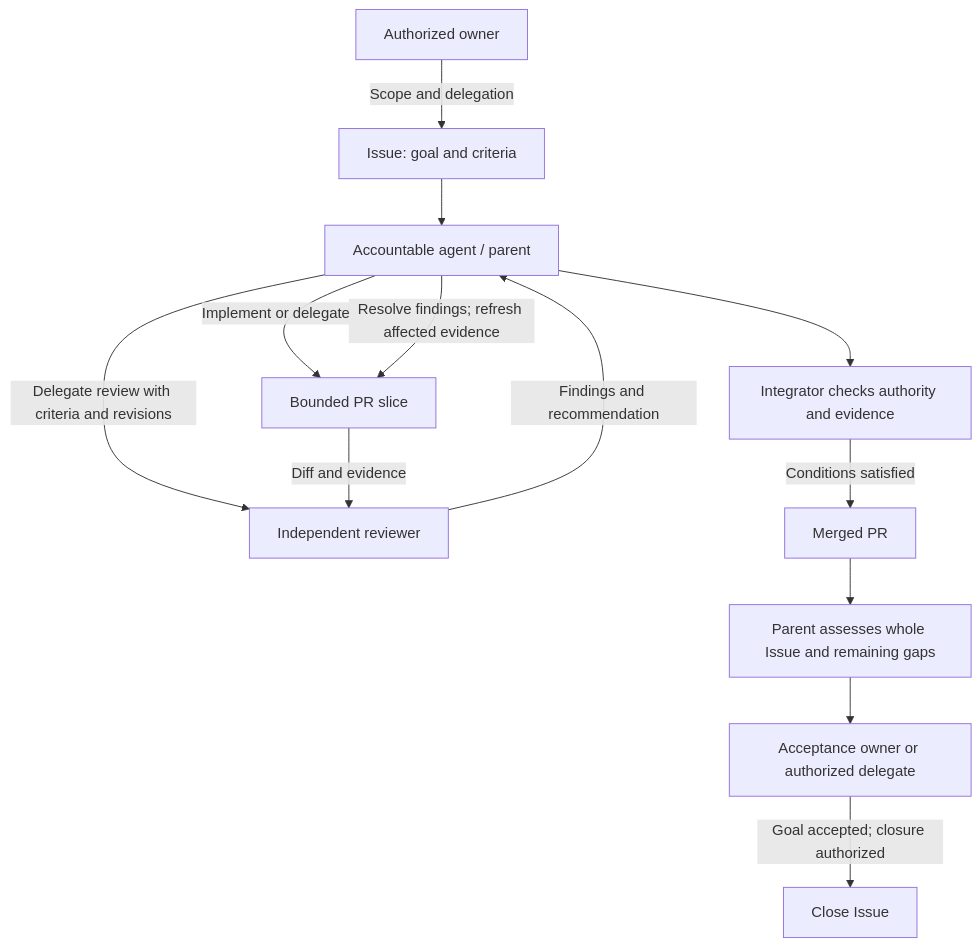
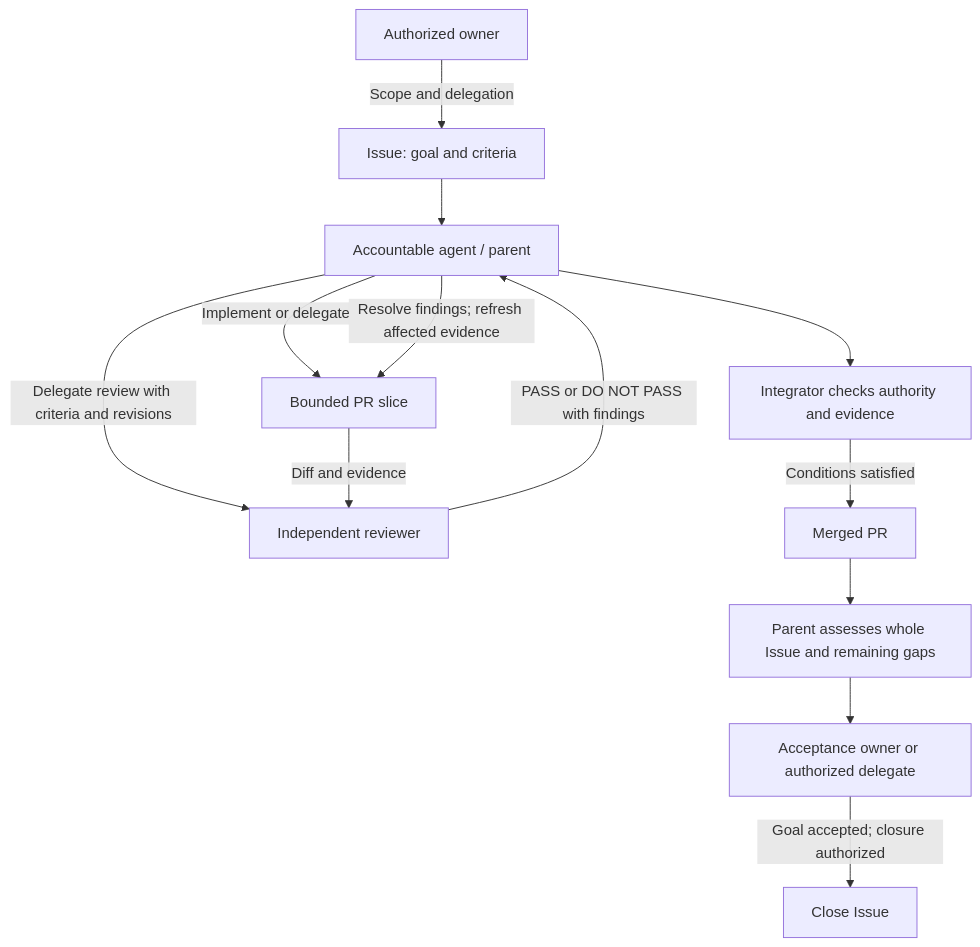
The second of 4 diagrams in docs/agent-collaboration.md (InferMatrixLab/InferRSI), drawn with Mermaid before and after one commit. The commit also changed other lines of this file and 1 other file, not shown here.

````diff
--- a/docs/agent-collaboration.md
+++ b/docs/agent-collaboration.md
@@ -57,15 +58,15 @@
 ```mermaid
 flowchart TB
     H["Authorized owner"] -->|"Scope and delegation"| I["Issue: goal and criteria"]
     I --> A["Accountable agent / parent"]
     A -->|"Implement or delegate"| W["Bounded PR slice"]
     A -->|"Delegate review with criteria and revisions"| R["Independent reviewer"]
     W -->|"Diff and evidence"| R
-    R -->|"Findings and recommendation"| A
+    R -->|"PASS or DO NOT PASS with findings"| A
     A -->|"Resolve findings; refresh affected evidence"| W
     A --> G["Integrator checks authority and evidence"]
     G -->|"Conditions satisfied"| P["Merged PR"]
     P --> S["Parent assesses whole Issue and remaining gaps"]
     S --> O["Acceptance owner or authorized delegate"]
     O -->|"Goal accepted; closure authorized"| C["Close Issue"]
 ```
````
